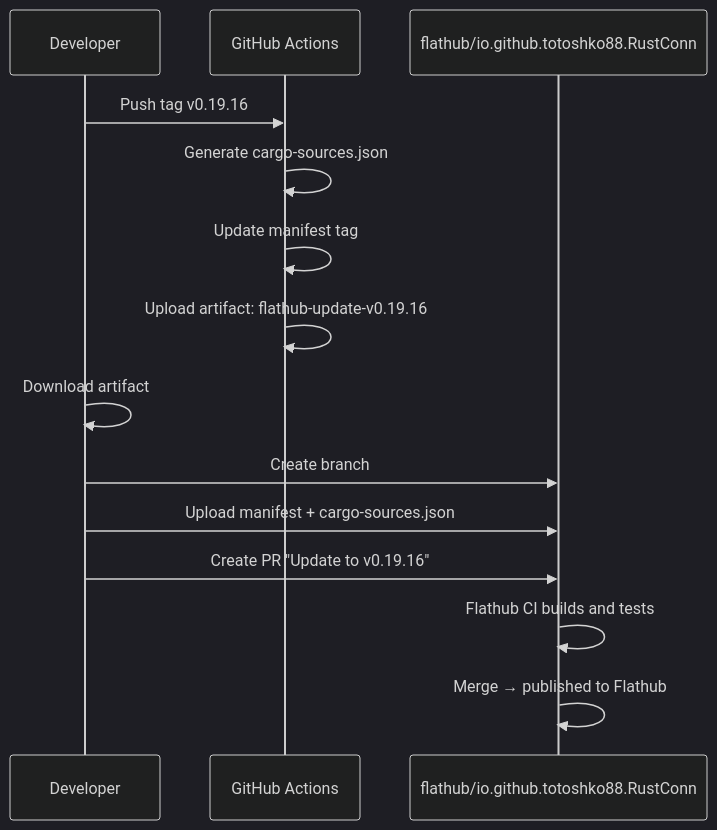
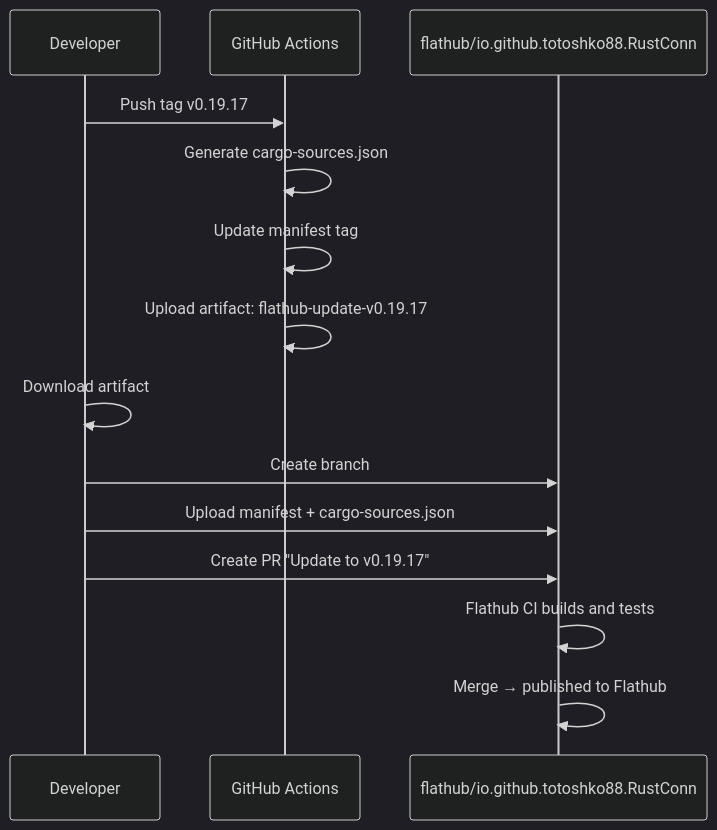
The sixth of 6 diagrams in docs/CI_BUILD_FLOW.md (philclifford/RustConn), drawn with Mermaid (dark theme) before and after one commit. The commit also changed other lines of this file and 34 other files, not shown here.

````diff
--- a/docs/CI_BUILD_FLOW.md
+++ b/docs/CI_BUILD_FLOW.md
@@ -255,18 +255,18 @@
 ```mermaid
 sequenceDiagram
     participant Dev as Developer
     participant GH as GitHub Actions
     participant FH as flathub/io.github.totoshko88.RustConn
 
-    Dev->>GH: Push tag v0.19.16
+    Dev->>GH: Push tag v0.19.17
     GH->>GH: Generate cargo-sources.json
     GH->>GH: Update manifest tag
-    GH->>GH: Upload artifact: flathub-update-v0.19.16
+    GH->>GH: Upload artifact: flathub-update-v0.19.17
 
     Dev->>Dev: Download artifact
     Dev->>FH: Create branch
     Dev->>FH: Upload manifest + cargo-sources.json
-    Dev->>FH: Create PR "Update to v0.19.16"
+    Dev->>FH: Create PR "Update to v0.19.17"
     FH->>FH: Flathub CI builds and tests
     FH->>FH: Merge → published to Flathub
 ```
````
